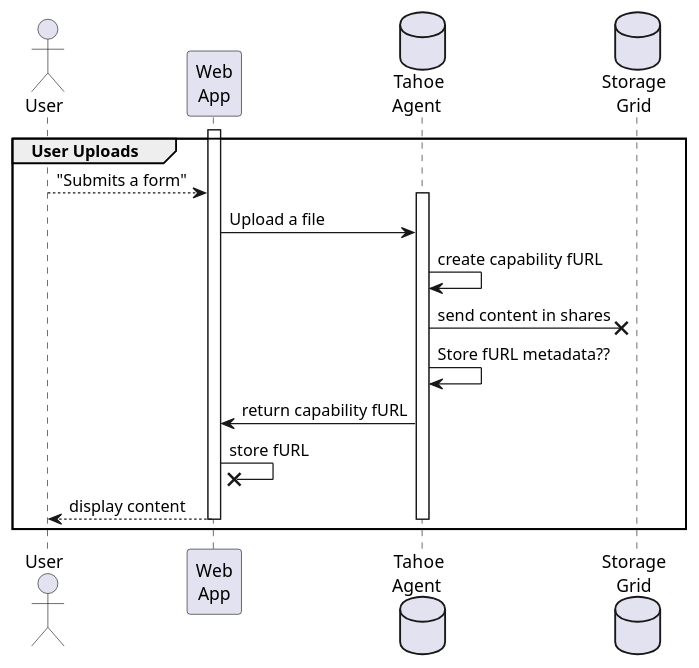
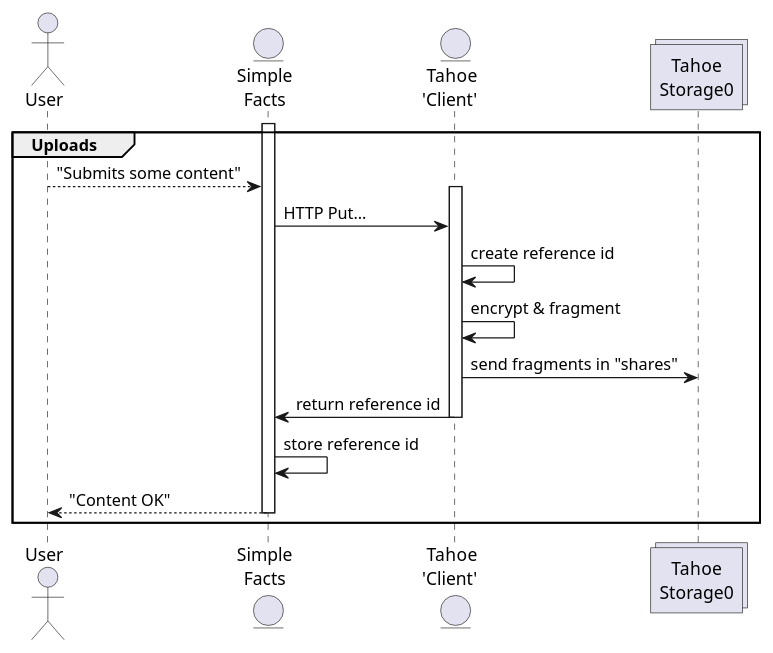
One commit to blaisep/private_facts changed the diagram in docs/source/upload_content.puml. Above: the diagram before and after it, drawn with PlantUML. The commit also changed 3 other files, not shown here.

First line of the commit message:
Add Diagrams

```diff
--- a/docs/source/upload_content.puml
+++ b/docs/source/upload_content.puml
@@ -1,24 +1,24 @@
 @startuml
 skinparam Shadowing false
 
 actor "User" as user
-participant "Web\nApp" as app
-database "Tahoe\nAgent " as tahoe
-database "Storage\nGrid" as grid
+entity "Simple\nFacts" as app
+entity "Tahoe\n'Client' " as tahoe
+Collections "Tahoe\nStorage0" as disk
 
-group User Uploads
+group Uploads
 activate app
-user --> app : "Submits a form"
-activate tahoe
-app -> tahoe : Upload a file
-tahoe -> tahoe : create capability fURL
-tahoe -x  grid : send content in shares
-tahoe -> tahoe : Store fURL metadata??
-tahoe -> app : return capability fURL
-app -x app : store fURL
-app --> user : display content
-deactivate tahoe
+user --> app : "Submits some content"
+    activate tahoe
+    app -> tahoe : HTTP Put...
+    tahoe -> tahoe : create reference id
+    tahoe -> tahoe : encrypt & fragment
+    tahoe ->  disk : send fragments in "shares"
+    tahoe -> app : return reference id
+    deactivate tahoe
+app -> app : store reference id
+app --> user : "Content OK"
 deactivate app
 
 end
 @enduml
```
